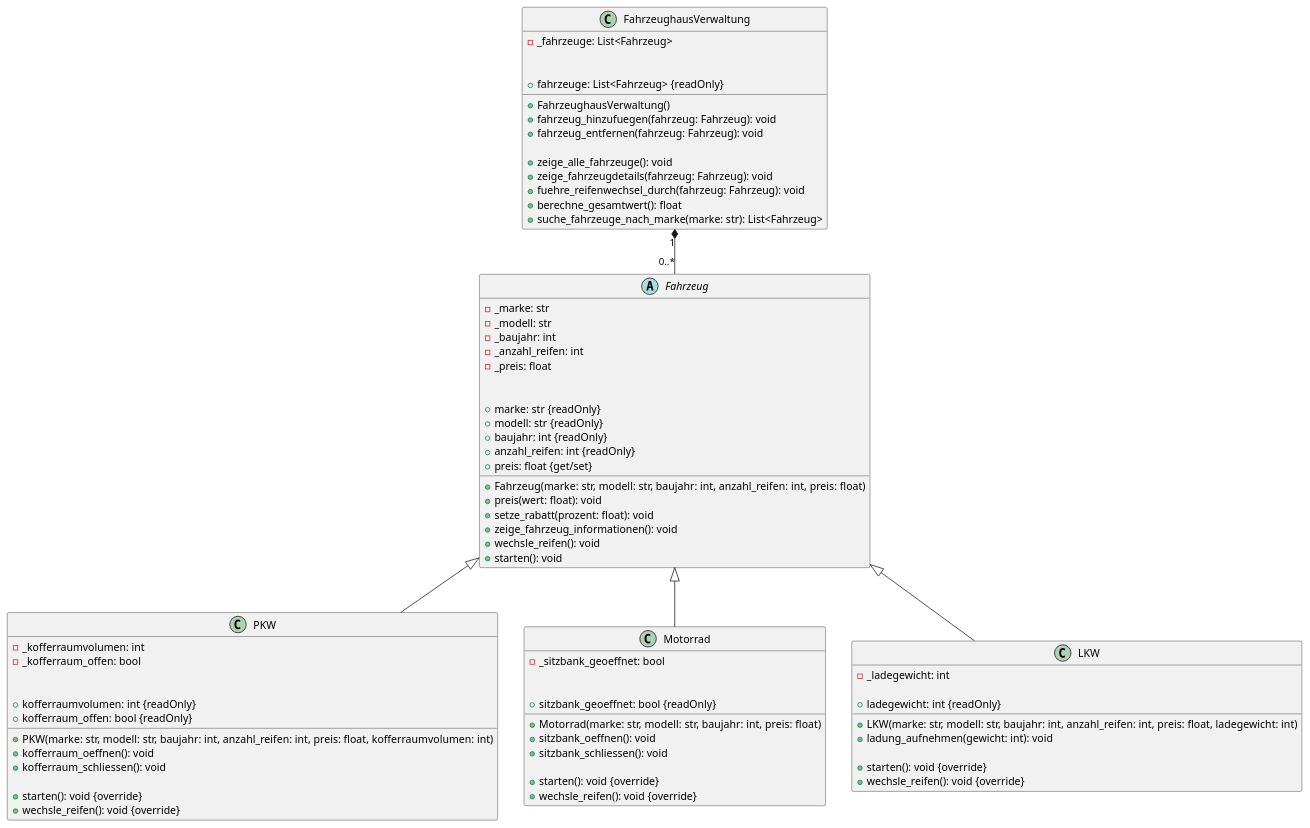
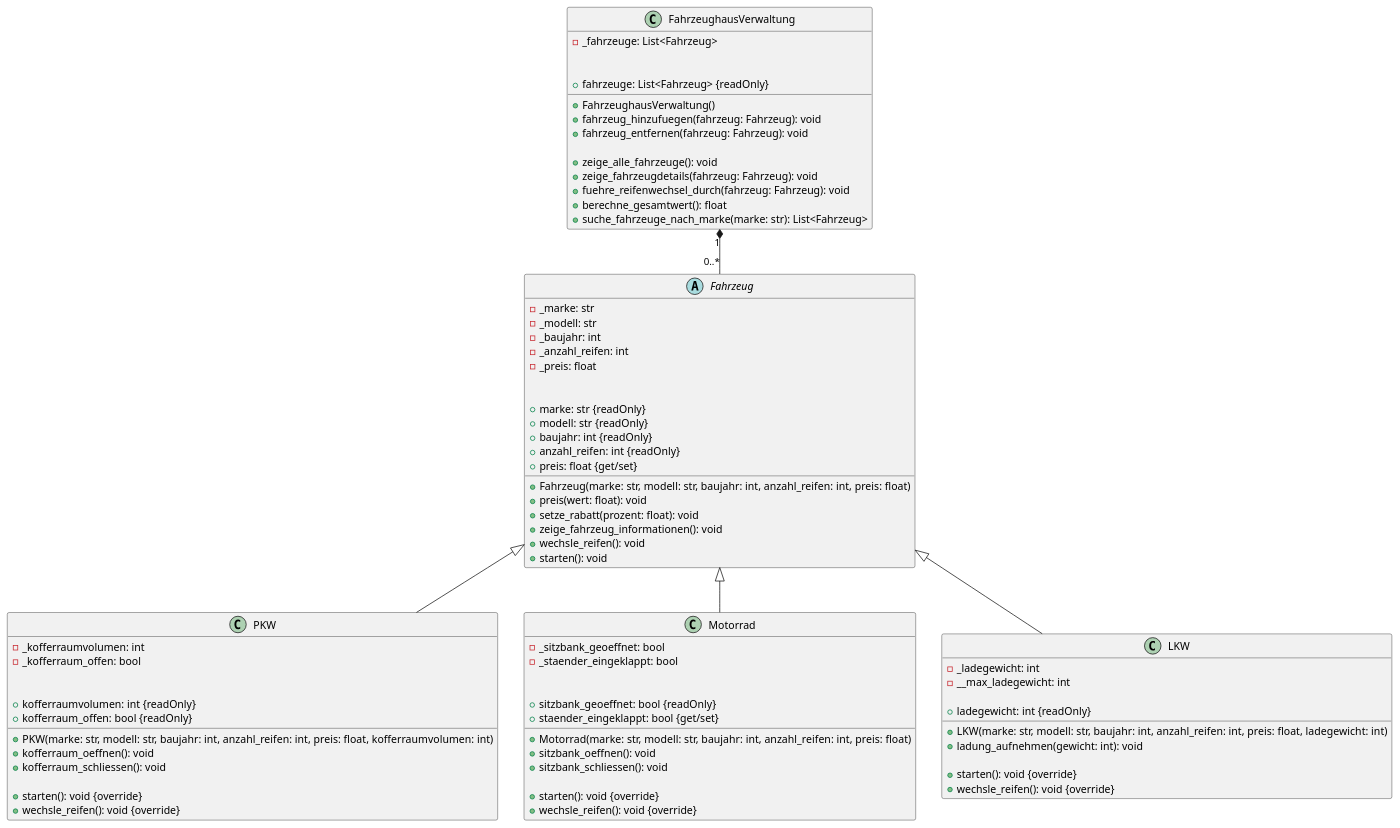
The diagram in UML/fahrzeugverwaltung.puml (heinzaa/programmierung-mit-python-dlmdwpm01), drawn with PlantUML before and after one commit. The commit also changed 2 other files, not shown here.

Commit message:
Anpassung Logik Ständer Motorrad

```diff
--- a/UML/fahrzeugverwaltung.puml
+++ b/UML/fahrzeugverwaltung.puml
@@ -1,102 +1,105 @@
 @startuml Fahrzeugverwaltung
 
 abstract class Fahrzeug {
   - _marke: str
   - _modell: str
   - _baujahr: int
   - _anzahl_reifen: int
   - _preis: float
 
   + Fahrzeug(marke: str, modell: str, baujahr: int, anzahl_reifen: int, preis: float)
 
   ' Property-Zugriffe
   + marke: str {readOnly}
   + modell: str {readOnly}
   + baujahr: int {readOnly}
   + anzahl_reifen: int {readOnly}
   + preis: float {get/set}
 
   ' Methoden
   + preis(wert: float): void
   + setze_rabatt(prozent: float): void
   + zeige_fahrzeug_informationen(): void
   + wechsle_reifen(): void
   + starten(): void
 }
 
 class PKW {
   - _kofferraumvolumen: int
   - _kofferraum_offen: bool
 
   + PKW(marke: str, modell: str, baujahr: int, anzahl_reifen: int, preis: float, kofferraumvolumen: int)
 
   ' Properties
   + kofferraumvolumen: int {readOnly}
   + kofferraum_offen: bool {readOnly}
 
   ' Steuernde Methoden
   + kofferraum_oeffnen(): void
   + kofferraum_schliessen(): void
 
   ' Überschriebene Methoden
   + starten(): void {override}
   + wechsle_reifen(): void {override}
 }
 
 
 class Motorrad {
   - _sitzbank_geoeffnet: bool
+  - _staender_eingeklappt: bool
 
-  + Motorrad(marke: str, modell: str, baujahr: int, preis: float)
+  + Motorrad(marke: str, modell: str, baujahr: int, anzahl_reifen: int, preis: float)
 
   ' Property
   + sitzbank_geoeffnet: bool {readOnly}
+  + staender_eingeklappt: bool {get/set}
 
   + sitzbank_oeffnen(): void
   + sitzbank_schliessen(): void
 
   + starten(): void {override}
   + wechsle_reifen(): void {override}
 }
 
 class LKW {
   - _ladegewicht: int
+  - __max_ladegewicht: int
   + LKW(marke: str, modell: str, baujahr: int, anzahl_reifen: int, preis: float, ladegewicht: int)
 
   ' Property
   + ladegewicht: int {readOnly}
 
   ' Eigene Methode
   + ladung_aufnehmen(gewicht: int): void
 
   ' Überschriebene Methoden
   + starten(): void {override}
   + wechsle_reifen(): void {override}
 }
 
 class FahrzeughausVerwaltung {
   - _fahrzeuge: List<Fahrzeug>
 
   + FahrzeughausVerwaltung()
 
   ' Zugriff
   + fahrzeuge: List<Fahrzeug> {readOnly}
 
   ' Verwaltung
   + fahrzeug_hinzufuegen(fahrzeug: Fahrzeug): void
   + fahrzeug_entfernen(fahrzeug: Fahrzeug): void
 
   ' Anzeige & Logik
   + zeige_alle_fahrzeuge(): void
   + zeige_fahrzeugdetails(fahrzeug: Fahrzeug): void
   + fuehre_reifenwechsel_durch(fahrzeug: Fahrzeug): void
   + berechne_gesamtwert(): float
   + suche_fahrzeuge_nach_marke(marke: str): List<Fahrzeug>
 }
 
 Fahrzeug <|-- PKW
 Fahrzeug <|-- Motorrad
 Fahrzeug <|-- LKW
 FahrzeughausVerwaltung "1" *-- "0..*" Fahrzeug
 
 @enduml
```
